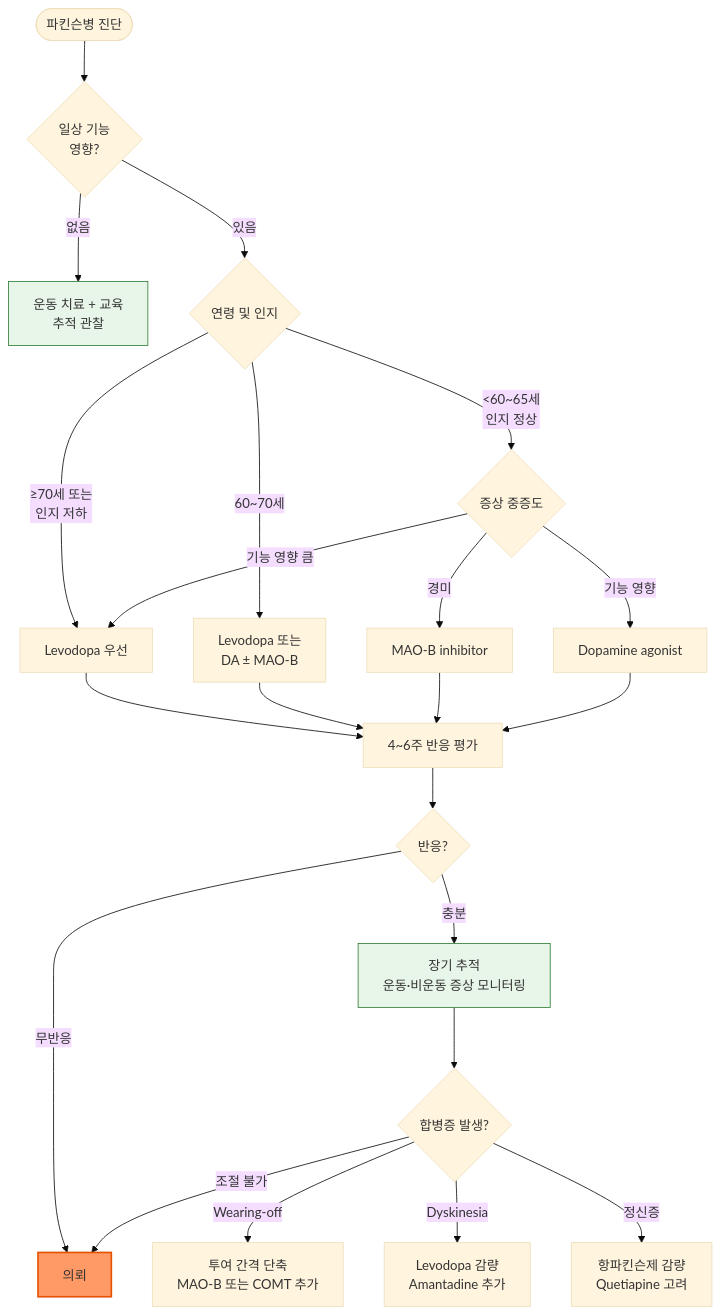
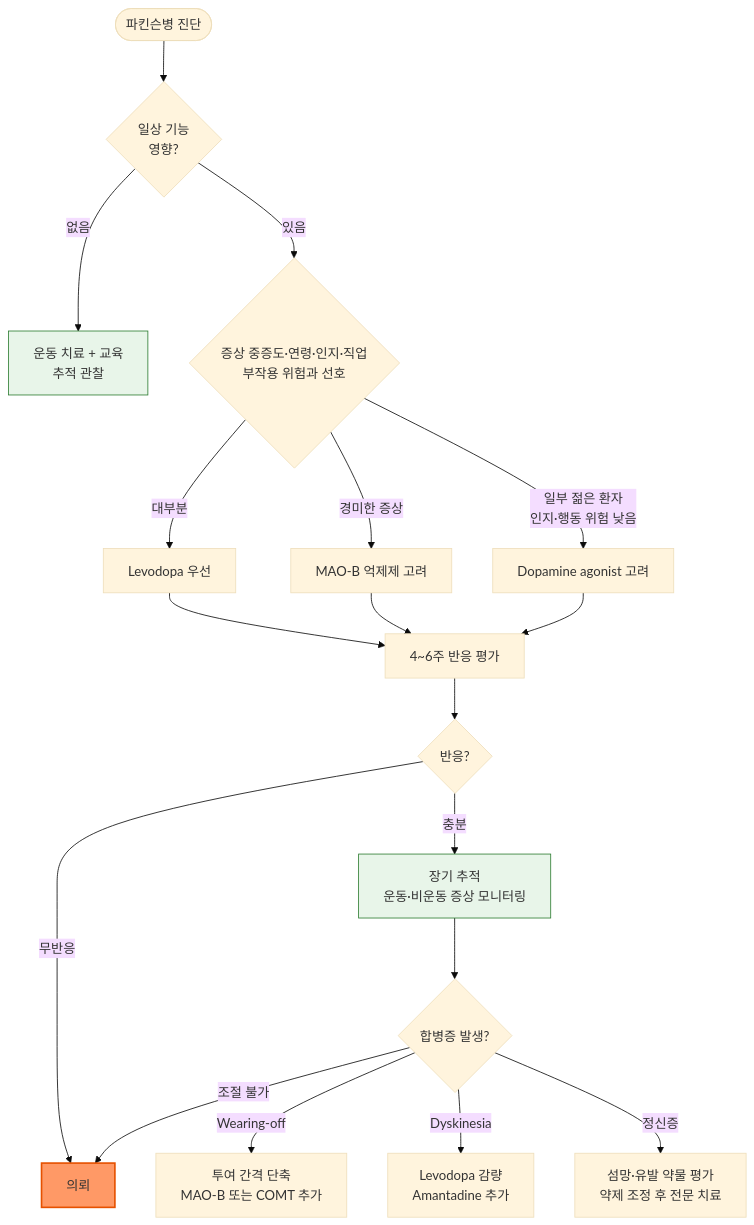
The second of 2 diagrams in 221_/035_-parkinsons-disease.md (familyoh77/familyoh77), drawn with Mermaid (base theme) before and after one commit. The commit also changed other lines of this file, not shown here.

````diff
--- a/221_/035_-parkinsons-disease.md
+++ b/221_/035_-parkinsons-disease.md
@@ -238,28 +222,24 @@
 ```mermaid
 graph TD
     A([파킨슨병 진단]) --> B{일상 기능<br/>영향?}
     B -->|없음| C[운동 치료 + 교육<br/>추적 관찰]
-    B -->|있음| D{연령 및 인지}
-    D -->|≥70세 또는<br/>인지 저하| E[Levodopa 우선]
-    D -->|60~70세| F[Levodopa 또는<br/>DA ± MAO-B]
-    D -->|<60~65세<br/>인지 정상| G{증상 중증도}
-    G -->|경미| H[MAO-B inhibitor]
-    G -->|기능 영향| I[Dopamine agonist]
-    G -->|기능 영향 큼| E
+    B -->|있음| D{증상 중증도·연령·인지·직업<br/>부작용 위험과 선호}
+    D -->|대부분| E[Levodopa 우선]
+    D -->|경미한 증상| H[MAO-B 억제제 고려]
+    D -->|일부 젊은 환자<br/>인지·행동 위험 낮음| I[Dopamine agonist 고려]
     E --> J[4~6주 반응 평가]
-    F --> J
     H --> J
     I --> J
     J --> K{반응?}
     K -->|무반응| L[의뢰]
     K -->|충분| M[장기 추적<br/>운동·비운동 증상 모니터링]
     M --> N{합병증 발생?}
     N -->|Wearing-off| O[투여 간격 단축<br/>MAO-B 또는 COMT 추가]
     N -->|Dyskinesia| P[Levodopa 감량<br/>Amantadine 추가]
-    N -->|정신증| Q[항파킨슨제 감량<br/>Quetiapine 고려]
+    N -->|정신증| Q[섬망·유발 약물 평가<br/>약제 조정 후 전문 치료]
     N -->|조절 불가| L
 
     style L fill:#f96,stroke:#e65100,stroke-width:2px
     style C fill:#e8f5e9,stroke:#2e7d32,stroke-width:1px
     style M fill:#e8f5e9,stroke:#2e7d32,stroke-width:1px
 ```
````
